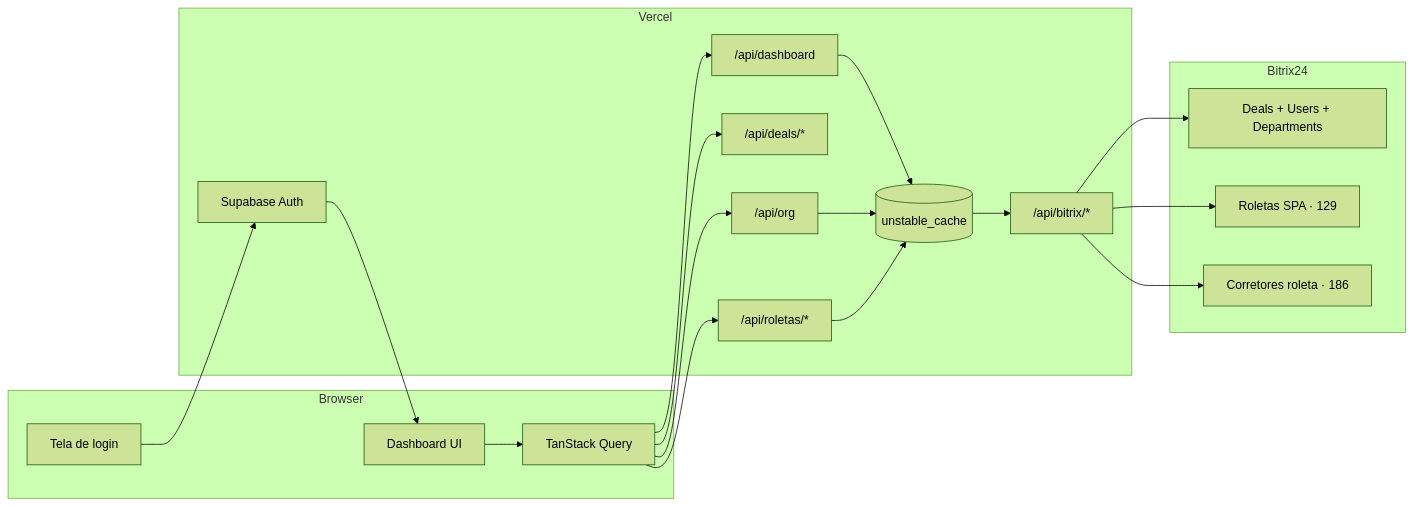
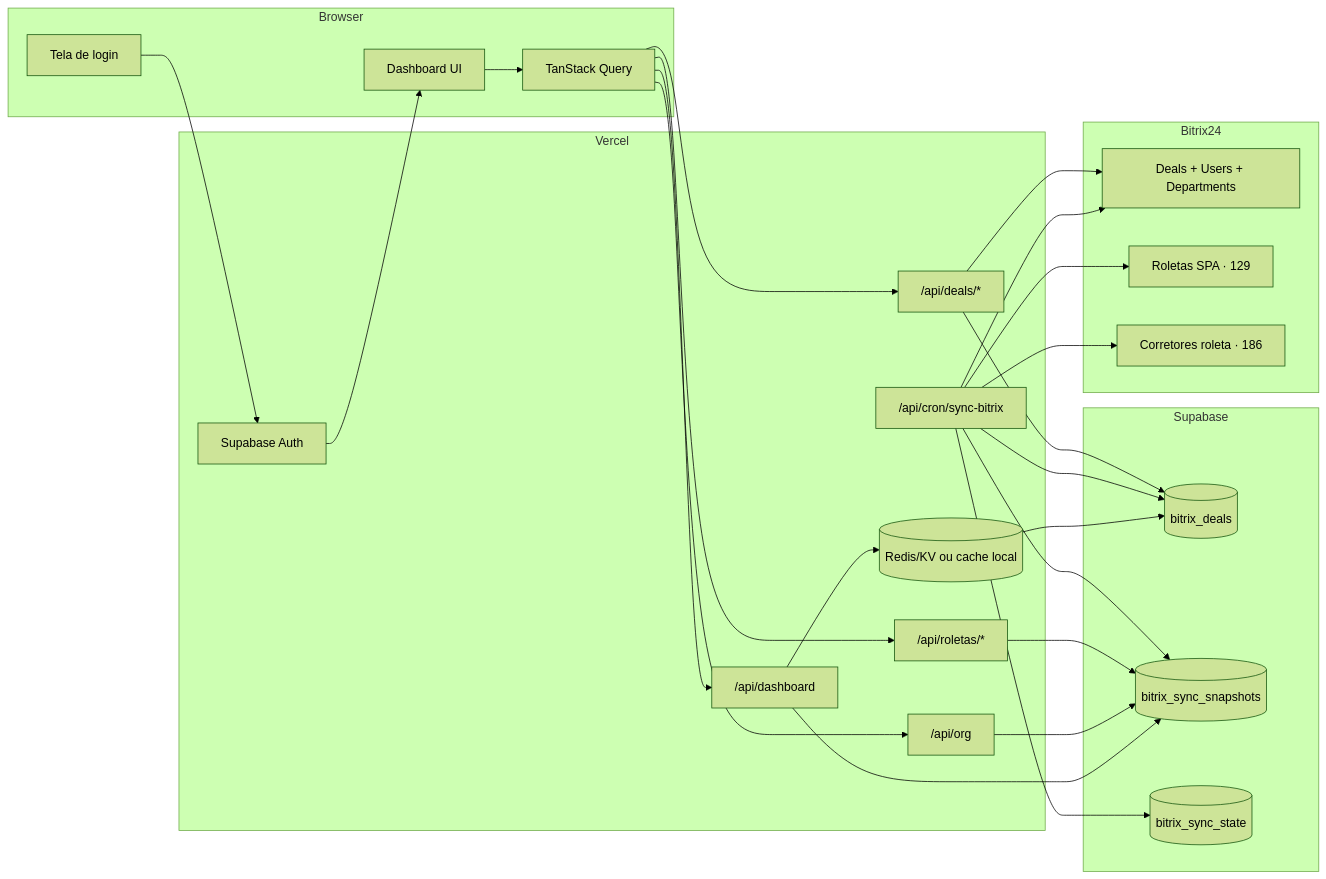
One commit to RafaelADSdev/Dashboard-St-pp changed the diagram in README.md. Above: the diagram before and after it, drawn with Mermaid (forest theme). The commit also changed other lines of this file and 25 other files, not shown here.

````diff
--- a/README.md
+++ b/README.md
@@ -195,39 +203,51 @@
 ```mermaid
 flowchart LR
     subgraph Browser
         LOGIN[Tela de login]
         UI[Dashboard UI]
         RQ[TanStack Query]
     end
 
     subgraph Vercel
         AUTH[Supabase Auth]
         API_DASH["/api/dashboard"]
         API_DEALS["/api/deals/*"]
         API_ORG["/api/org"]
         API_ROL["/api/roletas/*"]
-        CACHE[(unstable_cache)]
-        PROXY["/api/bitrix/*"]
+        API_SYNC["/api/cron/sync-bitrix"]
+        CACHE[(Redis/KV ou cache local)]
+    end
+
+    subgraph Supabase
+        DEALS[(bitrix_deals)]
+        SNAP[(bitrix_sync_snapshots)]
+        STATE[(bitrix_sync_state)]
     end
 
     subgraph Bitrix24
         CRM[Deals + Users + Departments]
         SPA[Roletas SPA · 129]
         CORR[Corretores roleta · 186]
     end
 
     LOGIN --> AUTH
     AUTH --> UI
     UI --> RQ
     RQ --> API_DASH
     RQ --> API_DEALS
     RQ --> API_ORG
     RQ --> API_ROL
     API_DASH --> CACHE
-    API_ORG --> CACHE
-    API_ROL --> CACHE
-    CACHE --> PROXY
-    PROXY --> CRM
-    PROXY --> SPA
-    PROXY --> CORR
+    CACHE --> DEALS
+    API_DASH --> SNAP
+    API_ORG --> SNAP
+    API_ROL --> SNAP
+    API_SYNC --> CRM
+    API_SYNC --> SPA
+    API_SYNC --> CORR
+    API_SYNC --> DEALS
+    API_SYNC --> SNAP
+    API_SYNC --> STATE
+    API_DEALS --> CRM
+    API_DEALS --> DEALS
 ```
````
